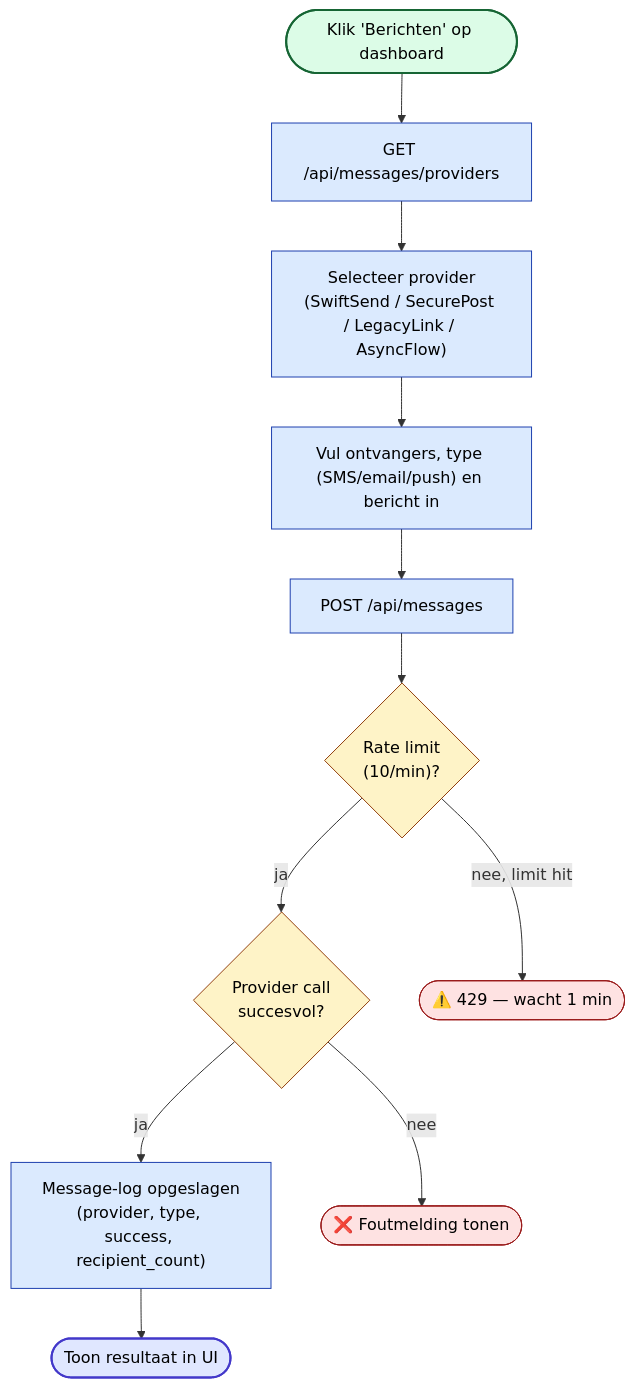
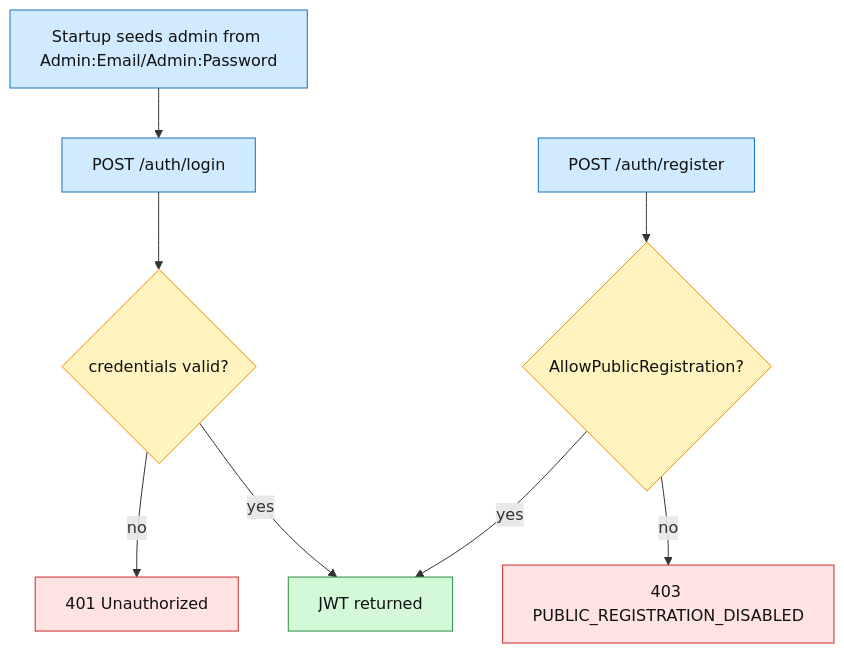
Before and after one commit to Rishyansyal/OpenMRSmoduleBackend: the diagram in docs/c4/diagrams/07-user-flow-2.mmd, drawn with Mermaid. The commit also changed 160 other files, not shown here.

```diff
--- a/docs/c4/diagrams/07-user-flow-2.mmd
+++ b/docs/c4/diagrams/07-user-flow-2.mmd
@@ -1,25 +1,22 @@
 flowchart TD
-    classDef start fill:#dcfce7,stroke:#166534,stroke-width:2px,color:#000
-    classDef action fill:#dbeafe,stroke:#1e40af,stroke-width:1px,color:#000
-    classDef decision fill:#fef3c7,stroke:#92400e,stroke-width:1px,color:#000
-    classDef error fill:#fee2e2,stroke:#991b1b,stroke-width:1px,color:#000
-    classDef done fill:#e0e7ff,stroke:#4338ca,stroke-width:2px,color:#000
+    classDef action fill:#d0ebff,stroke:#1971c2,color:#111
+    classDef decision fill:#fff3bf,stroke:#f08c00,color:#111
+    classDef done fill:#d3f9d8,stroke:#2b8a3e,color:#111
+    classDef error fill:#ffe3e3,stroke:#c92a2a,color:#111
 
-    Start([Klik 'Berichten' op dashboard]):::start
-    LoadProv["GET /api/messages/providers"]:::action
-    SelectProv["Selecteer provider<br/>(SwiftSend / SecurePost / LegacyLink / AsyncFlow)"]:::action
-    FillForm["Vul ontvangers, type (SMS/email/push) en bericht in"]:::action
-    Send["POST /api/messages"]:::action
-    Rate{"Rate limit<br/>(10/min)?"}:::decision
-    Provider{"Provider call<br/>succesvol?"}:::decision
-    Log["Message-log opgeslagen<br/>(provider, type, success, recipient_count)"]:::action
-    Result(["Toon resultaat in UI"]):::done
-    Err429(["⚠️ 429 — wacht 1 min"]):::error
-    ErrProv(["❌ Foutmelding tonen"]):::error
+    seed["Startup seeds admin from Admin:Email/Admin:Password"]:::action
+    login["POST /auth/login"]:::action
+    valid{"credentials valid?"}:::decision
+    token["JWT returned"]:::done
+    reject["401 Unauthorized"]:::error
+    register["POST /auth/register"]:::action
+    public{"AllowPublicRegistration?"}:::decision
+    forbid["403 PUBLIC_REGISTRATION_DISABLED"]:::error
 
-    Start --> LoadProv --> SelectProv --> FillForm --> Send
-    Send --> Rate
-    Rate -->|nee, limit hit| Err429
-    Rate -->|ja| Provider
-    Provider -->|ja| Log --> Result
-    Provider -->|nee| ErrProv
+    seed --> login
+    login --> valid
+    valid -->|yes| token
+    valid -->|no| reject
+    register --> public
+    public -->|no| forbid
+    public -->|yes| token
```
